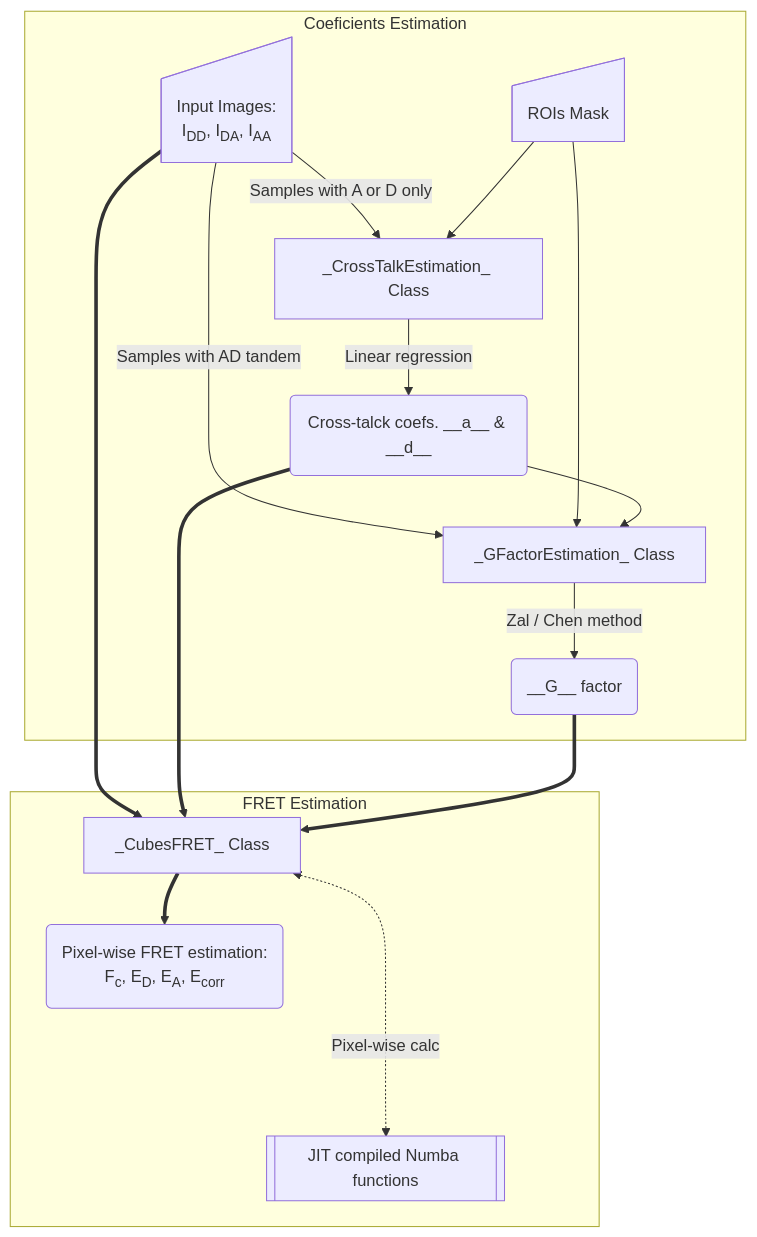
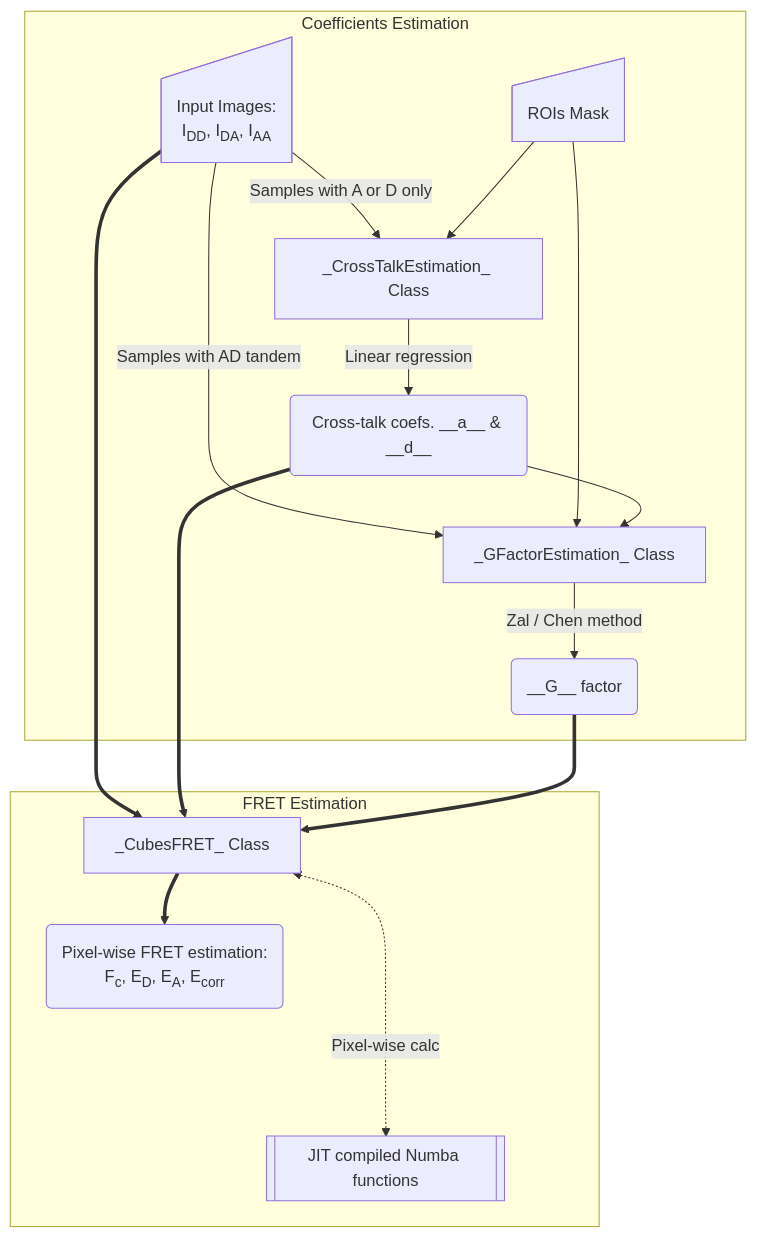
One commit to wisstock/domb-napari changed the second of 2 diagrams in README.md. Above: the diagram before and after it, drawn with Mermaid. The commit also changed other lines of this file and 5 other files, not shown here.

````diff
--- a/README.md
+++ b/README.md
@@ -75,43 +75,43 @@
 ``` mermaid
 flowchart TD
     %% INPUT DATA
     %% Input[/Input Images:<br/> I<sub>DD</sub>, I<sub>DA</sub>, I<sub>AA</sub>/]:::data
     Input@{shape: manual-input, label: "Input Images:<br/> I<sub>DD</sub>, I<sub>DA</sub>, I<sub>AA</sub>"}
     
     %% Mask[/ROIs Mask/]:::data
     Mask@{shape: manual-input, label: "ROIs Mask"}
 
     %% CALIBRATION
-    subgraph Calibration [Coeficients Estimation]
+    subgraph Calibration [Coefficients Estimation]
         %% direction TB
         
         CT[_CrossTalkEstimation_ Class]:::algo
         GF[_GFactorEstimation_ Class]:::algo
         
-        Coeffs(Cross-talck coefs. __a__ & __d__):::result
+        Coeffs(Cross-talk coefs. __a__ & __d__):::result
         GF_Val(__G__ factor):::result
 
         Input -->|Samples with A or D only| CT
         Mask --> CT
         CT -->|Linear regression| Coeffs
         
         Input -->|Samples with AD tandem| GF
         Mask & Coeffs --> GF
         GF -->|Zal / Chen method| GF_Val
     end
 
     %% ANA
     subgraph Analysis [FRET Estimation]
         %% direction TB
         
         Main[_CubesFRET_ Class]:::algo
         Numba[[JIT compiled Numba functions]]:::algo
         Output(Pixel-wise FRET estimation:<br/> F<sub>c</sub>, E<sub>D</sub>, E<sub>A</sub>, E<sub>corr</sub>):::result
 
         Input ==> Main
         Coeffs & GF_Val ==> Main
         
         Main ==> Output
         Main <-...->|Pixel-wise calc| Numba
     end
 ```
````
